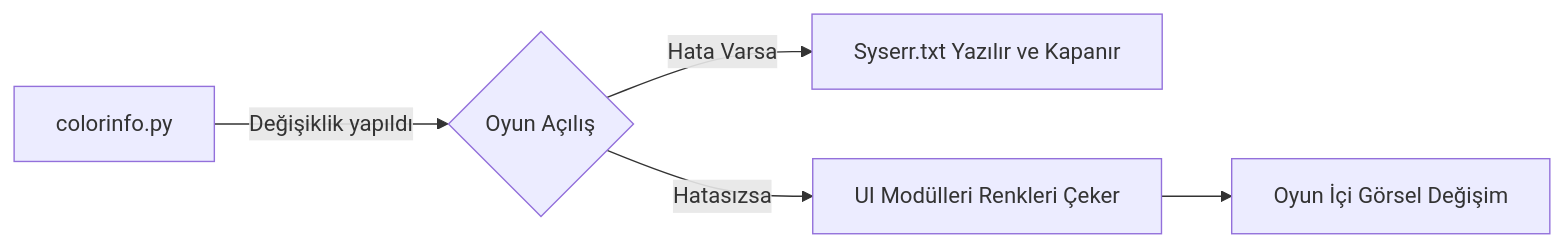
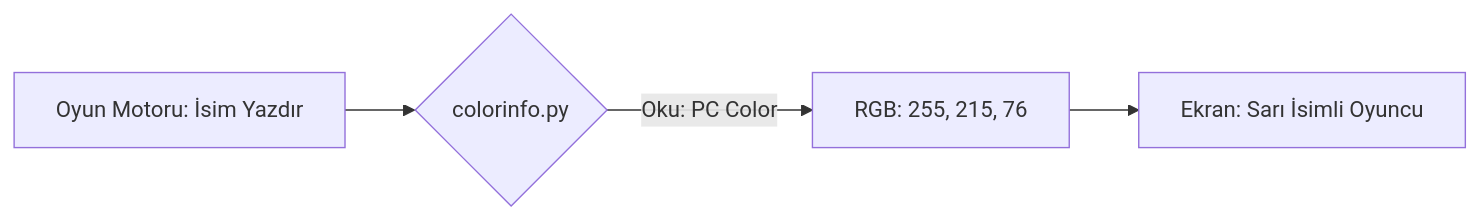
Before and after one commit to Engin622/Metin2-Pack-Agent-Skills: the diagram in root/colorinfo/skills.md, drawn with Mermaid. The commit also changed other lines of this file and 11 other files, not shown here.

````diff
--- a/root/colorinfo/skills.md
+++ b/root/colorinfo/skills.md
@@ -37,7 +39,6 @@
 ```mermaid
 graph LR
-    A[colorinfo.py] -- Değişiklik yapıldı --> B{Oyun Açılış}
-    B -- Hata Varsa --> C[Syserr.txt Yazılır ve Kapanır]
-    B -- Hatasızsa --> D[UI Modülleri Renkleri Çeker]
-    D --> E[Oyun İçi Görsel Değişim]
+    A[Oyun Motoru: İsim Yazdır] --> B{colorinfo.py}
+    B -- Oku: PC Color --> C[RGB: 255, 215, 76]
+    C --> D[Ekran: Sarı İsimli Oyuncu]
 ```
````
